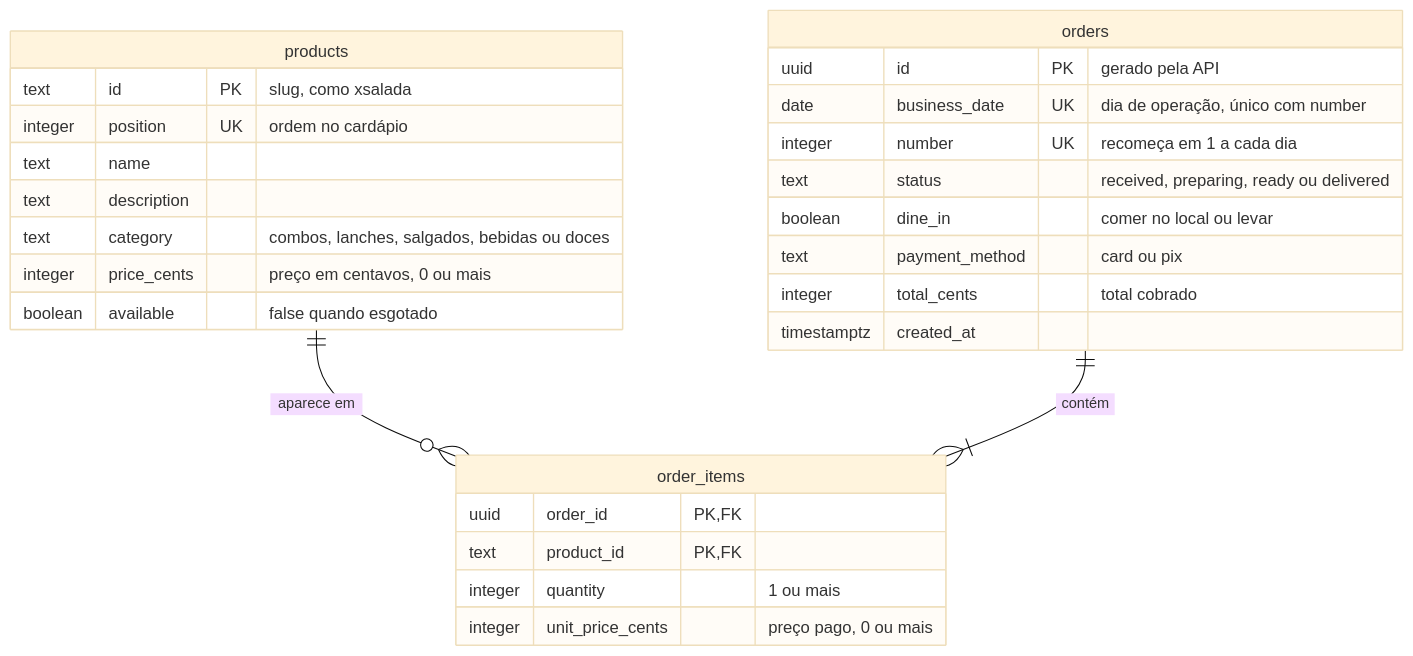
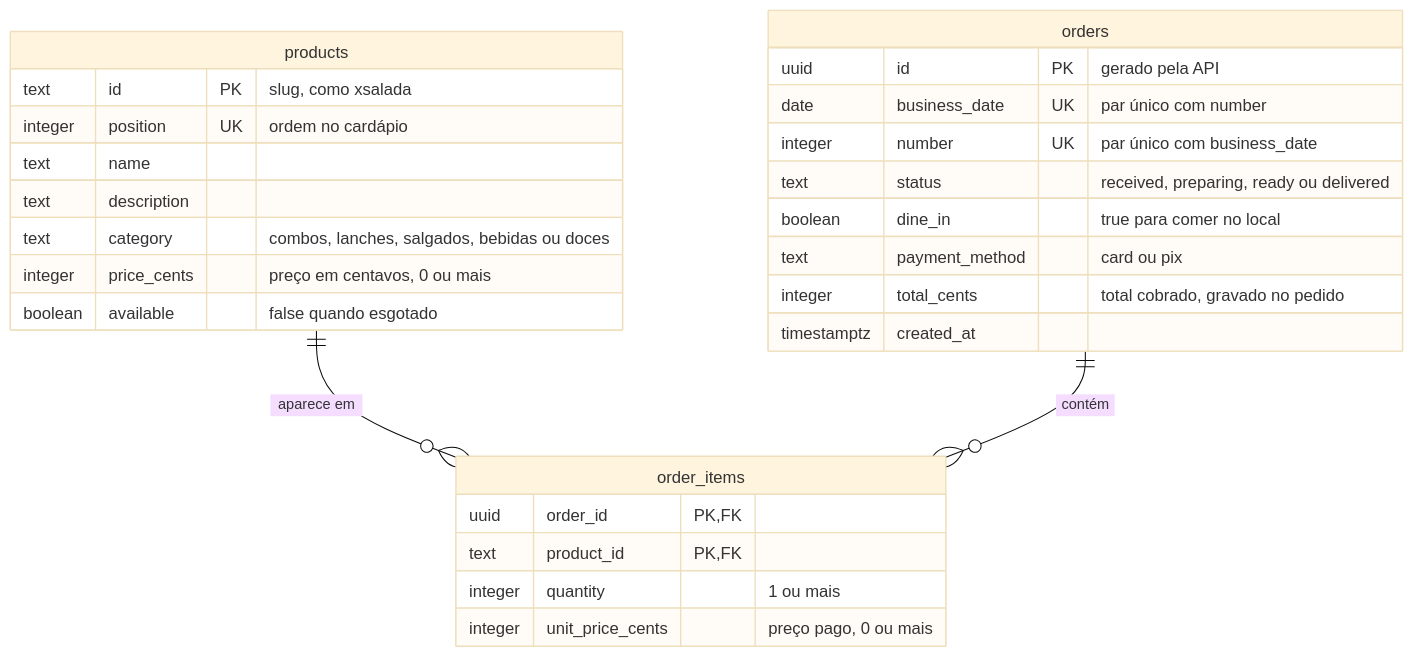
Before and after one commit to kaualimadesouza/EI: the diagram in docs/banco-de-dados.md, drawn with Mermaid (base theme). The commit also changed other lines of this file and 1 other file, not shown here.

Commit message:
docs: keep only what the ER diagram cannot show

````diff
--- a/docs/banco-de-dados.md
+++ b/docs/banco-de-dados.md
@@ -13,34 +9,35 @@
 ```mermaid
 %%{init: {"htmlLabels": false}}%%
+%% htmlLabels off: labels render as SVG text, not HTML boxes that can clip
 erDiagram
     products ||--o{ order_items : "aparece em"
-    orders ||--|{ order_items : "contém"
+    orders ||--o{ order_items : "contém"
 
     products {
         text id PK "slug, como xsalada"
         integer position UK "ordem no cardápio"
         text name
         text description
         text category "combos, lanches, salgados, bebidas ou doces"
         integer price_cents "preço em centavos, 0 ou mais"
         boolean available "false quando esgotado"
     }
 
     orders {
         uuid id PK "gerado pela API"
-        date business_date UK "dia de operação, único com number"
-        integer number UK "recomeça em 1 a cada dia"
+        date business_date UK "par único com number"
+        integer number UK "par único com business_date"
         text status "received, preparing, ready ou delivered"
-        boolean dine_in "comer no local ou levar"
+        boolean dine_in "true para comer no local"
         text payment_method "card ou pix"
-        integer total_cents "total cobrado"
+        integer total_cents "total cobrado, gravado no pedido"
         timestamptz created_at
     }
 
     order_items {
         uuid order_id PK, FK
         text product_id PK, FK
         integer quantity "1 ou mais"
         integer unit_price_cents "preço pago, 0 ou mais"
     }
 ```
````
